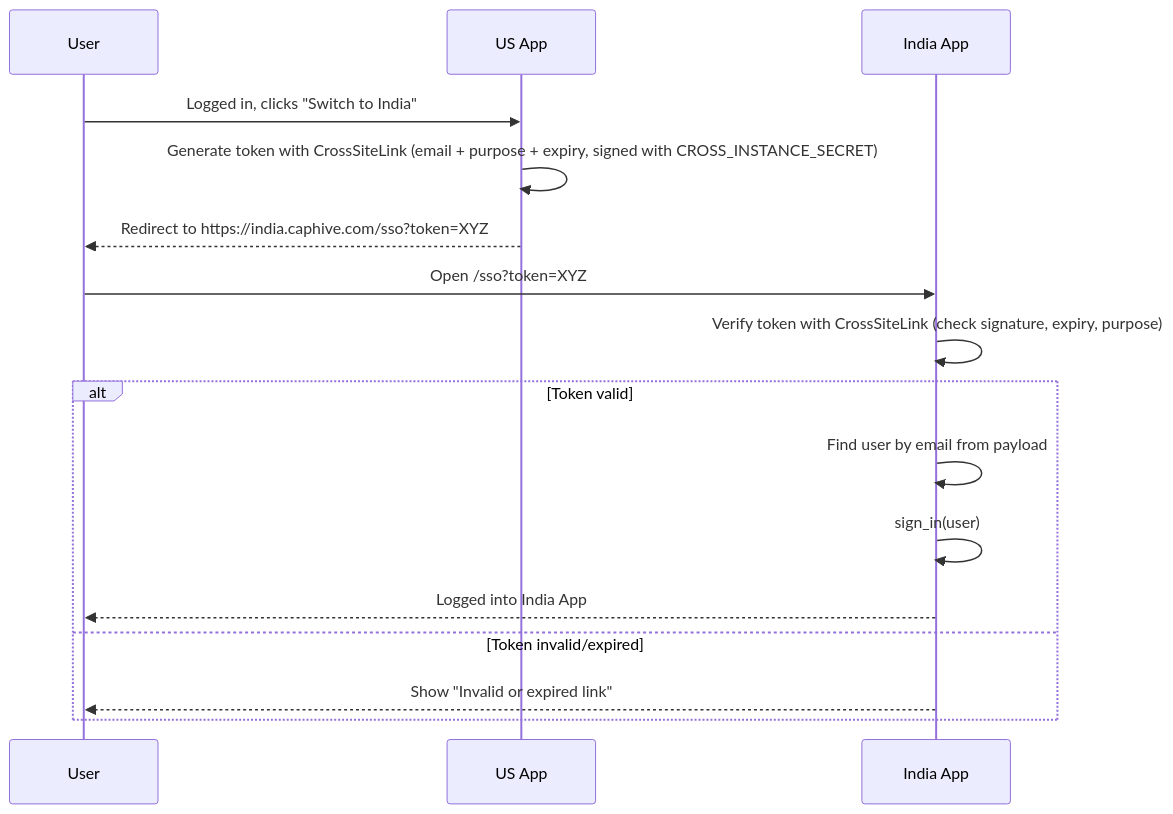
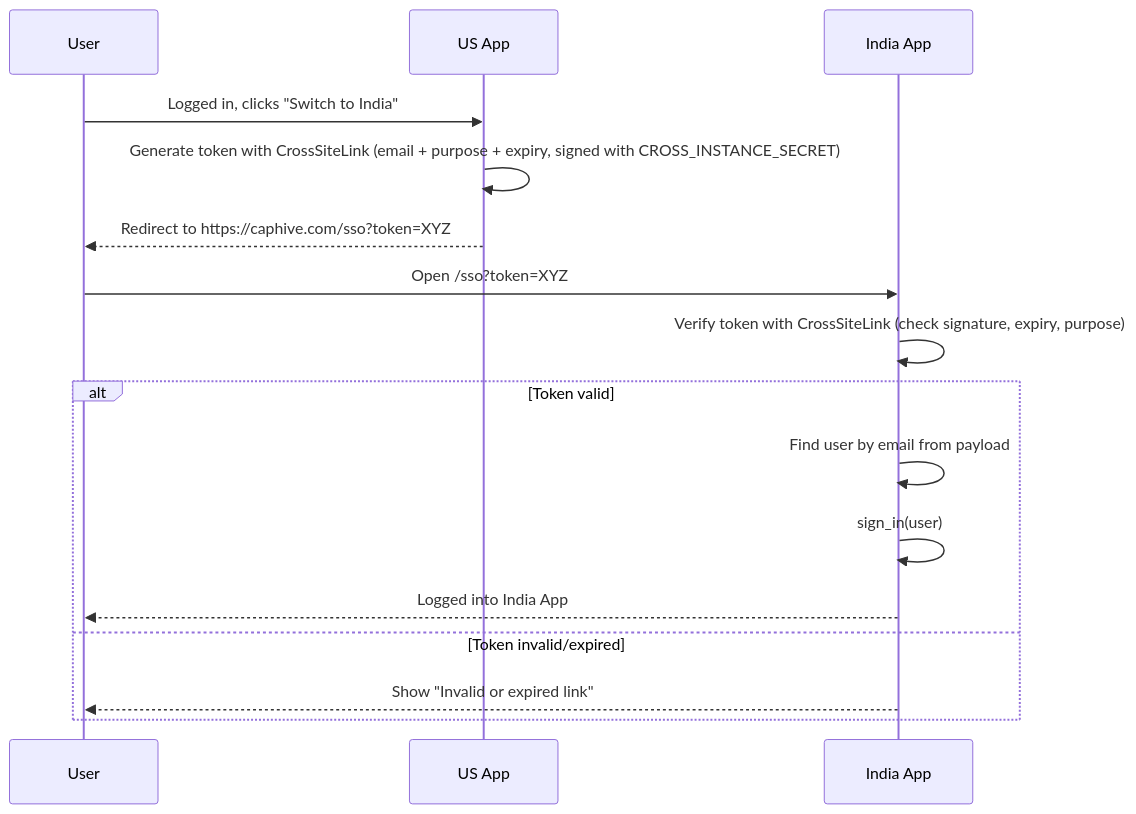
One commit to sampadadiwan/IRM_CompanyMain changed the first of 2 diagrams in app/packs/core/users/services/cross_instance_login.md. Above: the diagram before and after it, drawn with Mermaid. The commit also changed other lines of this file and 1 other file, not shown here.

Commit message:
Better documentation for MultiSiteUserSyncOrchestrator

````diff
--- a/app/packs/core/users/services/cross_instance_login.md
+++ b/app/packs/core/users/services/cross_instance_login.md
@@ -248,19 +248,19 @@
 ```mermaid
 sequenceDiagram
     participant User
     participant US_App as US App
     participant India_App as India App
 
     User->>US_App: Logged in, clicks "Switch to India"
     US_App->>US_App: Generate token with CrossSiteLink (email + purpose + expiry, signed with CROSS_INSTANCE_SECRET)
-    US_App-->>User: Redirect to https://india.caphive.com/sso?token=XYZ
+    US_App-->>User: Redirect to https://caphive.com/sso?token=XYZ
     User->>India_App: Open /sso?token=XYZ
     India_App->>India_App: Verify token with CrossSiteLink (check signature, expiry, purpose)
     alt Token valid
         India_App->>India_App: Find user by email from payload
         India_App->>India_App: sign_in(user)
         India_App-->>User: Logged into India App
     else Token invalid/expired
         India_App-->>User: Show "Invalid or expired link"
     end
   ```
````
